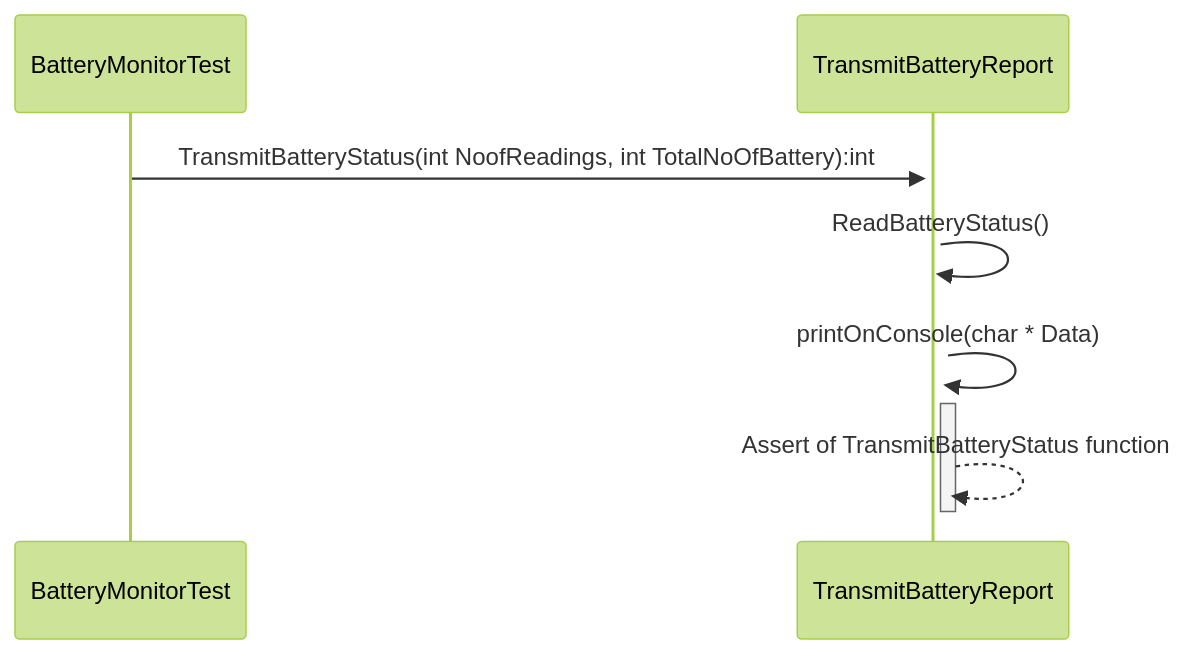
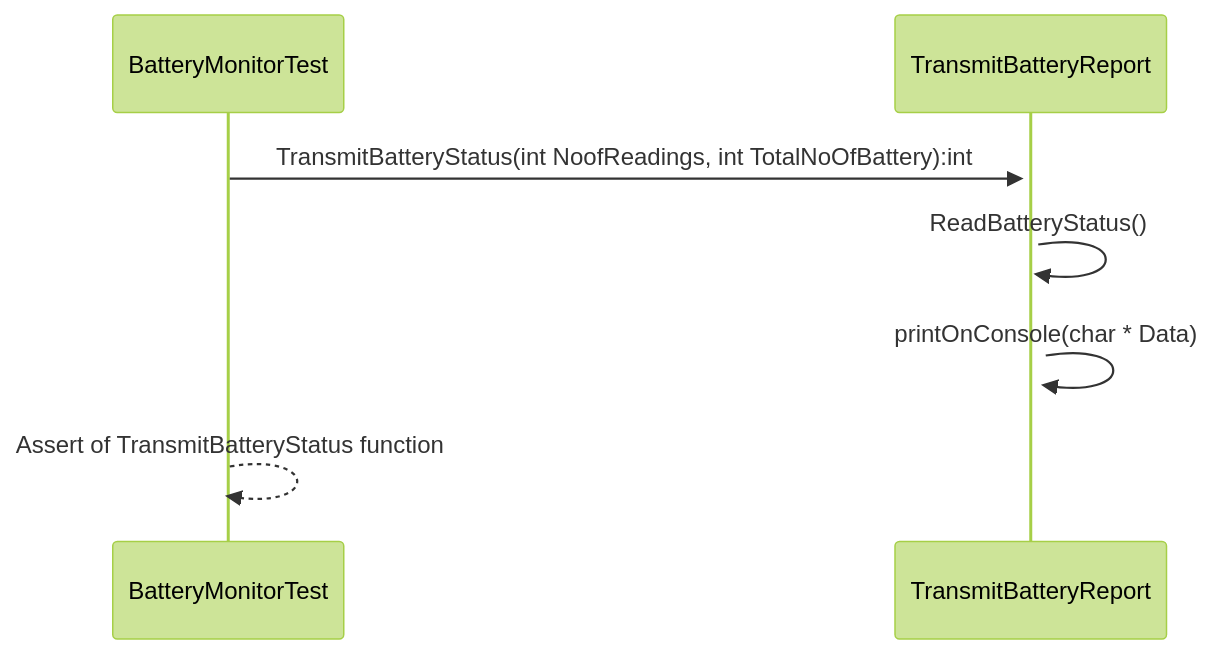
One commit to clean-code-craft-tcq-2/stream-line-PavithranSaminathan changed the second of 3 diagrams in README.md. Above: the diagram before and after it, drawn with Mermaid (forest theme).

````diff
--- a/README.md
+++ b/README.md
@@ -84,7 +84,7 @@
  ```mermaid
 sequenceDiagram
     BatteryMonitorTest->>+TransmitBatteryReport: TransmitBatteryStatus(int NoofReadings, int TotalNoOfBattery):int
     TransmitBatteryReport->>+TransmitBatteryReport: ReadBatteryStatus()
     TransmitBatteryReport->>+TransmitBatteryReport: printOnConsole(char * Data)
-    TransmitBatteryReport-->>-TransmitBatteryReport:Assert of TransmitBatteryStatus function
+    BatteryMonitorTest-->>+BatteryMonitorTest:Assert of TransmitBatteryStatus function
 ```
````
